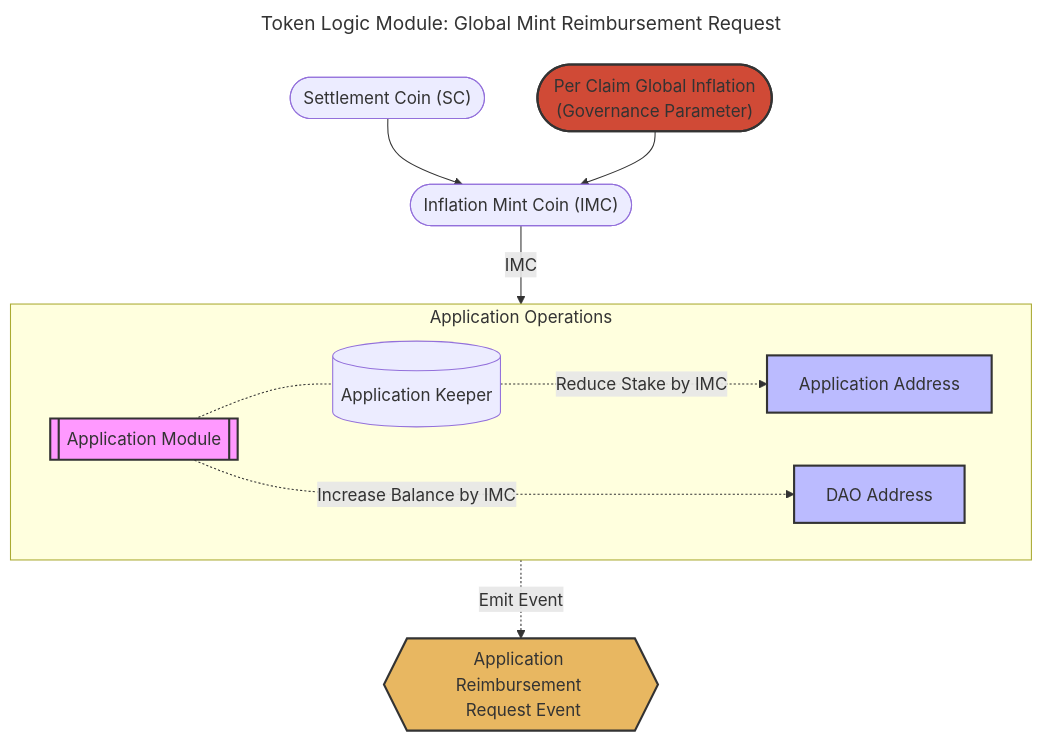
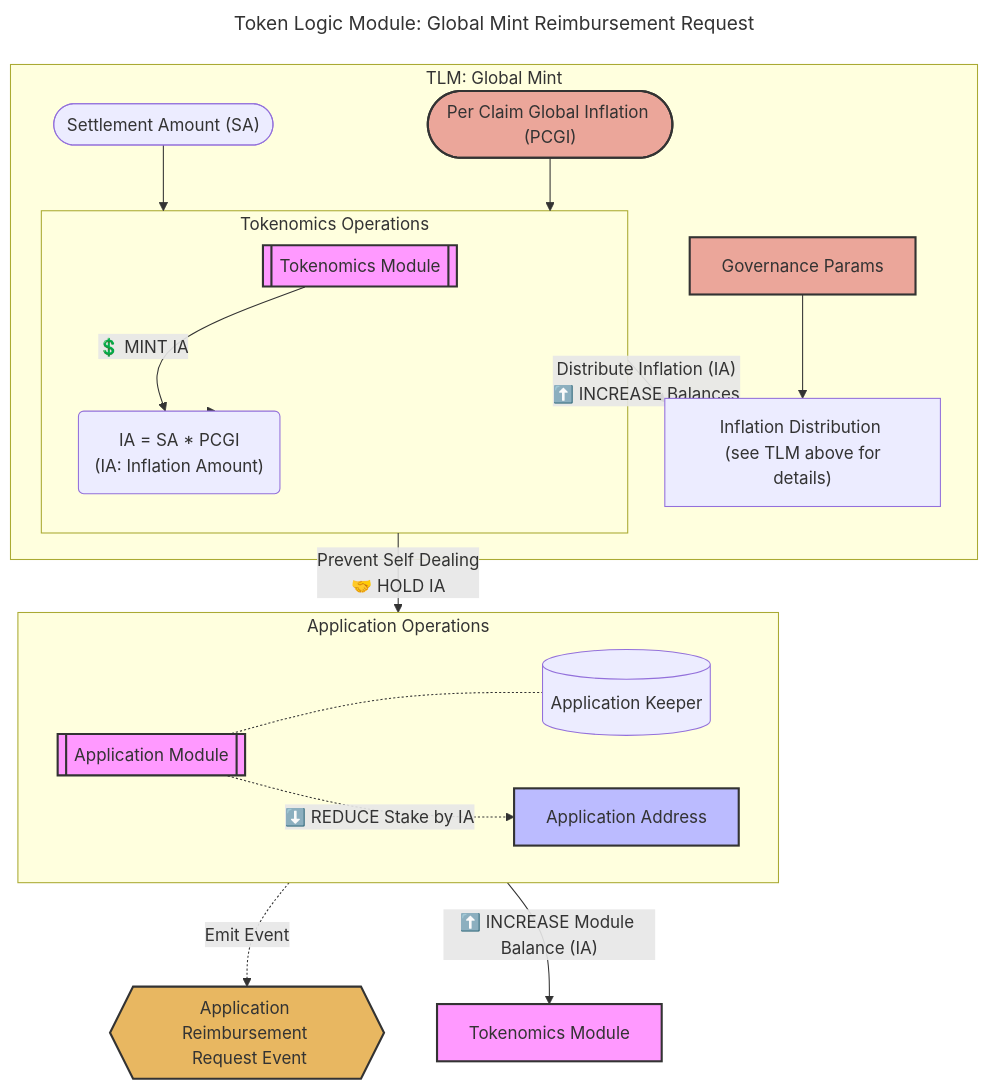
The fifth of 6 diagrams in docusaurus/docs/protocol/tokenomics/token_logic_modules.md (pokt-network/poktroll), drawn with Mermaid before and after one commit. The commit also changed other lines of this file, not shown here.

````diff
--- a/docusaurus/docs/protocol/tokenomics/token_logic_modules.md
+++ b/docusaurus/docs/protocol/tokenomics/token_logic_modules.md
@@ -263,39 +347,57 @@
 ```mermaid
 ---
 title: "Token Logic Module: Global Mint Reimbursement Request"
 ---
 flowchart TD
-    SC(["Settlement Coin (SC)"])
-    PCI(["Per Claim Global Inflation <br> (Governance Parameter)"])
-    IMC(["Inflation Mint Coin (IMC)"])
+    SA(["Settlement Amount (SA)"])
+    PCI(["Per Claim Global Inflation (PCGI)"])
     ARRE{{Application Reimbursement <br> Request Event}}
+    TM2["Tokenomics Module"]
 
-    SC --> IMC
-    PCI --> IMC
-    IMC --IMC--> AO
+    subgraph TLMGM["TLM: Global Mint"]
+        IA(["Inflation Mint Coin (IA)"])
+        ID["Inflation Distribution <br> (see TLM above for details)"]
+        GP["Governance Params"]
 
+        subgraph TO[Tokenomics Operations]
+            TM[[Tokenomics Module]]
+            IA("IA = SA * PCGI <br> (IA: Inflation Amount)")
+            TM  --> |"💲 MINT IA"|IA
+        end
+
+        %% Mint Inputs
+        SA --> TO
+        PCI --> TO
+        IA --> TO
+
+        %% Distribute Inflation
+        TO --> |"Distribute Inflation (IA) <br> ⬆️ INCREASE Balances"| ID
+        GP --> ID
+    end
 
     subgraph AO[Application Operations]
         AM[[Application Module]]
         AK[(Application Keeper)]
         AA[Application Address]
-        DA[DAO Address]
 
+        %% Reimbursement Request Actions
         AM -.- AK
-        AK -. Reduce Stake by IMC .-> AA
-        AM -..-> |Increase Balance by IMC| DA
+        AM -. ⬇️ REDUCE Stake by IA .-> AA
     end
 
-    AO -. Emit Event.-> ARRE
+
+    %% Reimbursement Request Logic
+    TO ---> |Prevent Self Dealing <br> 🤝 HOLD IA| AO
+    AO -.-> |Emit Event| ARRE
+    AO --> |"⬆️ INCREASE Module Balance (IA)"| TM2
 
     classDef module fill:#f9f,stroke:#333,stroke-width:2px;
     classDef address fill:#bbf,stroke:#333,stroke-width:2px;
-    classDef question fill:#e3db6d,stroke:#333,stroke-width:2px;
-    classDef govparam fill:#d04a36,stroke:#333,stroke-width:2px;
+    classDef govparam fill:#eba69a,stroke:#333,stroke-width:2px;
     classDef event fill:#e8b761,stroke:#333,stroke-width:2px;
 
-    class AM module;
+    class TM,AM,TM2 module;
+    class PCI,GP govparam;
+    class PRA,AA,DAO address;
     class ARRE event;
-    class PCI govparam;
-    class AA,DA address;
 ```
````
